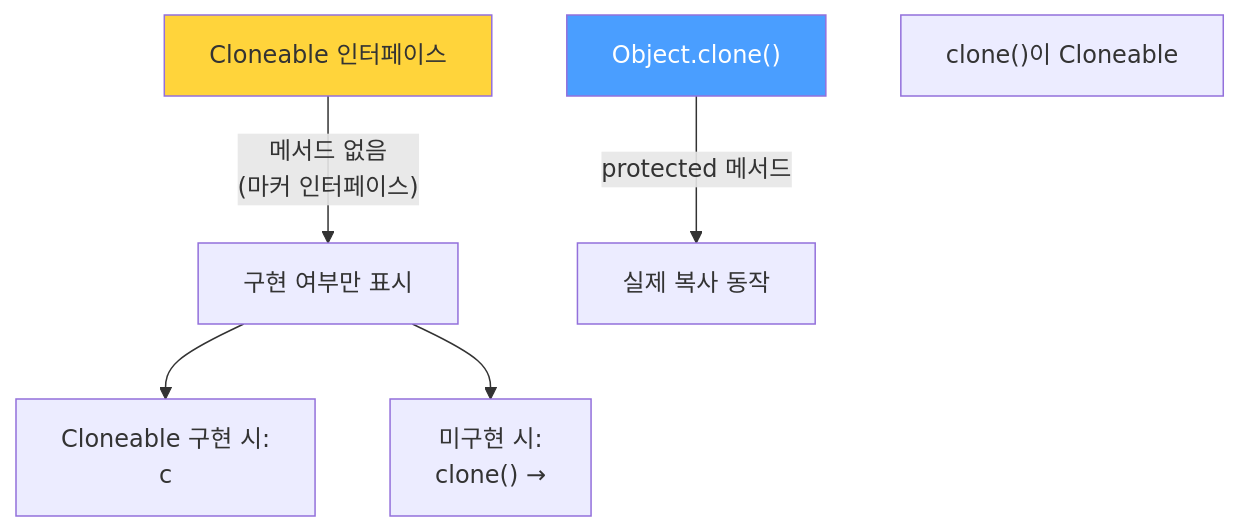
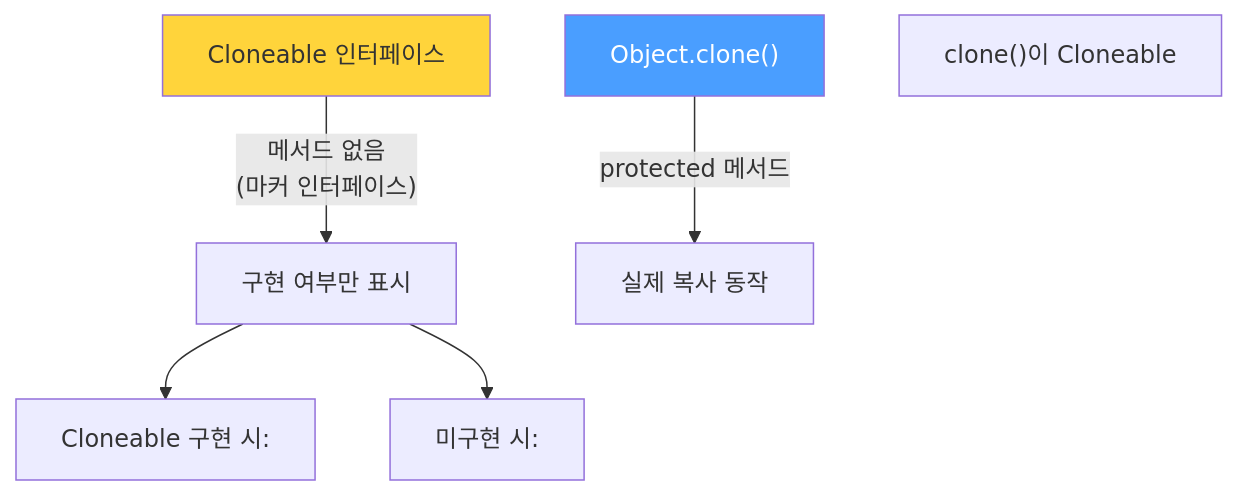
One commit to yjkim2015/yjkim2015.github.io changed the first of 4 diagrams in _posts/java/2021-12-27-effective-java13.md. Above: the diagram before and after it, drawn with Mermaid. The commit also changed other lines of this file and 217 other files, not shown here.

First line of the commit message:
Mermaid 크기 수정: useMaxWidth:true + SVG max-width:100% + 라벨 축소

````diff
--- a/_posts/java/2021-12-27-effective-java13.md
+++ b/_posts/java/2021-12-27-effective-java13.md
@@ -18,10 +18,10 @@
 ```mermaid
 graph TD
     A["Cloneable 인터페이스"] -->|"메서드 없음\n(마커 인터페이스)"| B["구현 여부만 표시"]
     C["Object.clone()"] -->|"protected 메서드"| D["실제 복사 동작"]
-    B --> E["Cloneable 구현 시:\nc"]
-    B --> F["미구현 시:\nclone() →"]
+    B --> E["Cloneable 구현 시:"]
+    B --> F["미구현 시:"]
     style A fill:#ffd43b
     style C fill:#4a9eff,color:#fff
     note["clone()이 Cloneable"]
 ```
````
